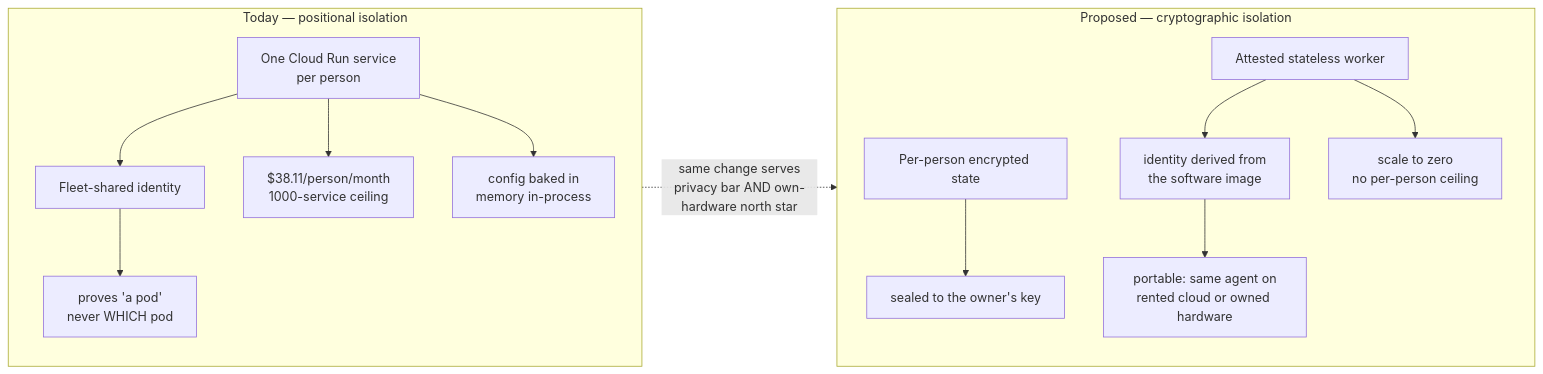
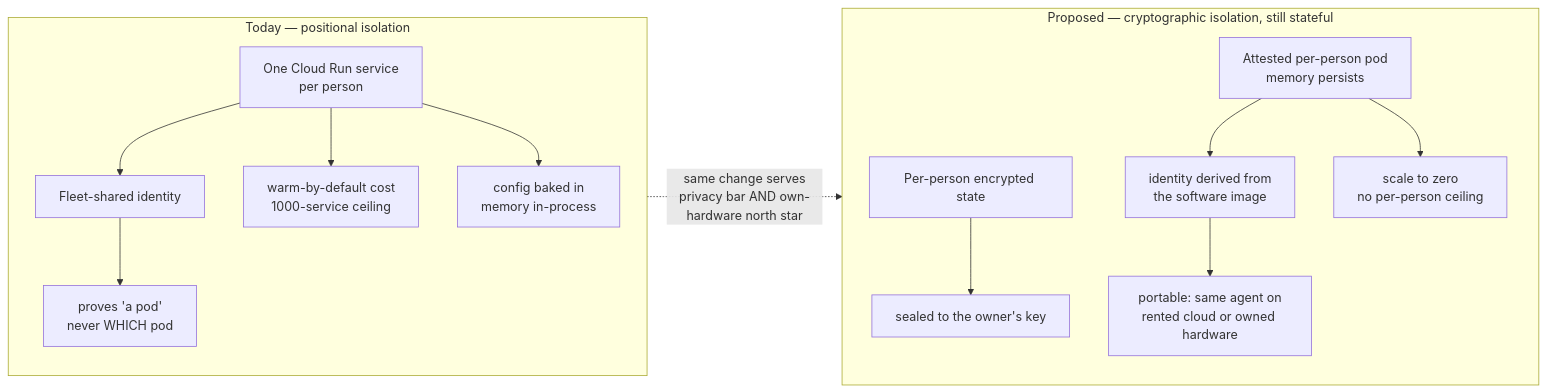
Before and after one commit to hushh-labs/hushh-research: the diagram in docs/reference/architecture/private-agent-one-plan-of-record.md, drawn with Mermaid. The commit also changed other lines of this file and 6 other files, not shown here.

````diff
--- a/docs/reference/architecture/private-agent-one-plan-of-record.md
+++ b/docs/reference/architecture/private-agent-one-plan-of-record.md
@@ -13,16 +16,16 @@
 ```mermaid
 flowchart LR
   subgraph NOW["Today — positional isolation"]
     A["One Cloud Run service<br/>per person"] --> B["Fleet-shared identity"]
     B --> C["proves 'a pod'<br/>never WHICH pod"]
-    A --> D["$38.11/person/month<br/>1000-service ceiling"]
+    A --> D["warm-by-default cost<br/>1000-service ceiling"]
     A --> E["config baked in<br/>memory in-process"]
   end
-  subgraph NEXT["Proposed — cryptographic isolation"]
-    F["Attested stateless worker"] --> G["identity derived from<br/>the software image"]
+  subgraph NEXT["Proposed — cryptographic isolation, still stateful"]
+    F["Attested per-person pod<br/>memory persists"] --> G["identity derived from<br/>the software image"]
     H["Per-person encrypted state"] --> I["sealed to the owner's key"]
     F --> J["scale to zero<br/>no per-person ceiling"]
     G --> K["portable: same agent on<br/>rented cloud or owned hardware"]
   end
   NOW -.->|"same change serves<br/>privacy bar AND own-hardware north star"| NEXT
 ```
````
